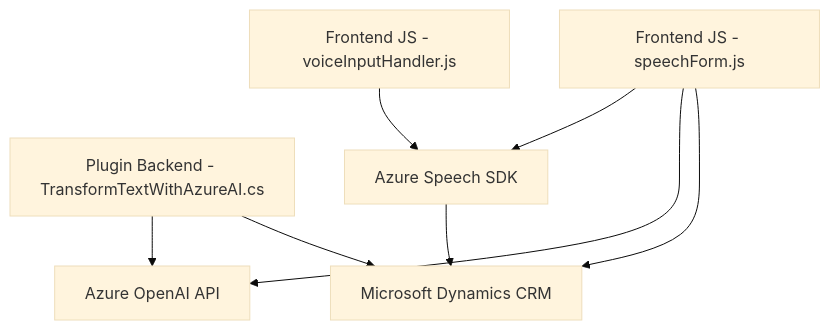
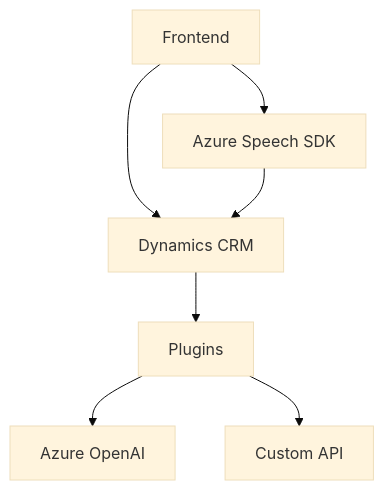
The diagram in README.md (blopezdm/NETCORE_BILBAO2025), drawn with Mermaid (base theme) before and after one commit. The commit also changed other lines of this file, not shown here.

````diff
--- a/README.md
+++ b/README.md
@@ -52,17 +27,16 @@
 ```mermaid
 graph TD
-  A["Frontend JS - voiceInputHandler.js"]
-  B["Frontend JS - speechForm.js"]
-  C["Plugin Backend - TransformTextWithAzureAI.cs"]
-  D["Azure Speech SDK"]
-  E["Azure OpenAI API"]
-  F["Microsoft Dynamics CRM"]
+    A["Frontend"]
+    B["Azure Speech SDK"]
+    C["Dynamics CRM"]
+    D["Plugins"]
+    E["Azure OpenAI"]
+    F["Custom API"]
 
-  A --> D
-  B --> D
-  B --> E
-  C --> E
-  B --> F
-  C --> F
-  D --> F
+    A --> B
+    A --> C
+    B --> C
+    C --> D
+    D --> E
+    D --> F
 ```
````
